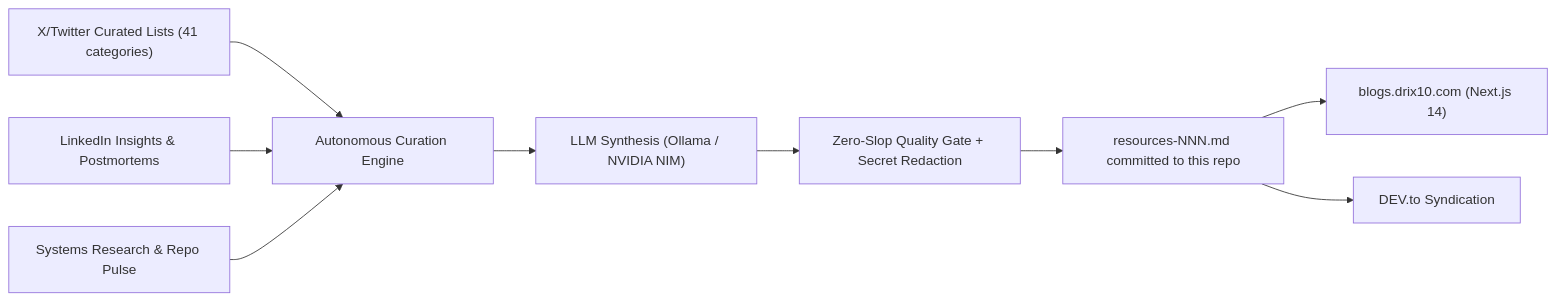
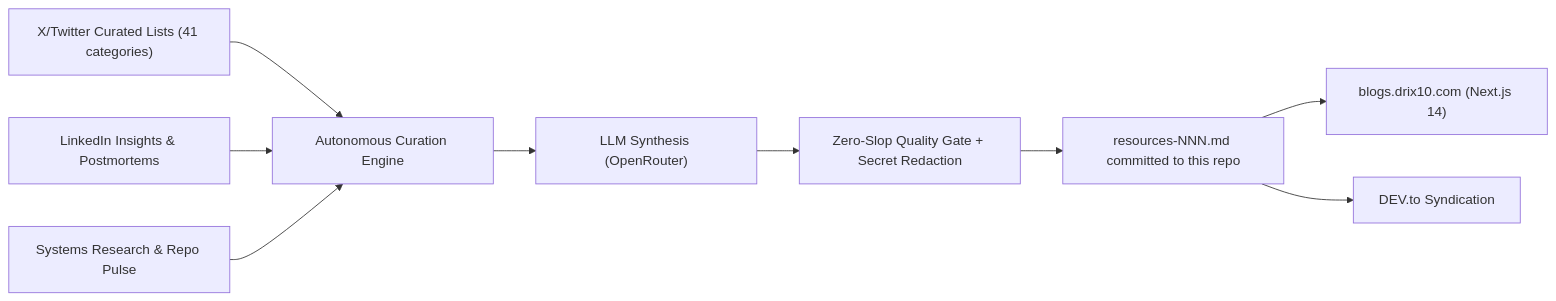
Before and after one commit to Drix10/ai-resources: the diagram in README.md, drawn with Mermaid. The commit also changed other lines of this file, not shown here.

````diff
--- a/README.md
+++ b/README.md
@@ -63,11 +63,11 @@
 ```mermaid
 flowchart LR
     A["X/Twitter Curated Lists (41 categories)"] --> D["Autonomous Curation Engine"]
     B["LinkedIn Insights & Postmortems"] --> D
     C["Systems Research & Repo Pulse"] --> D
-    D --> E["LLM Synthesis (Ollama / NVIDIA NIM)"]
+    D --> E["LLM Synthesis (OpenRouter)"]
     E --> F["Zero-Slop Quality Gate + Secret Redaction"]
     F --> G["resources-NNN.md committed to this repo"]
     G --> H["blogs.drix10.com (Next.js 14)"]
     G --> I["DEV.to Syndication"]
 ```
````
